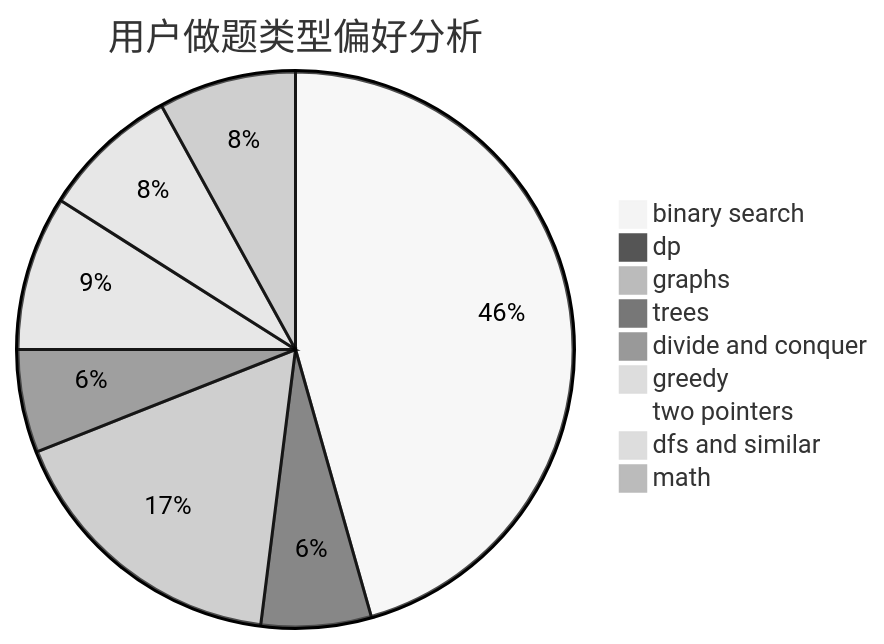
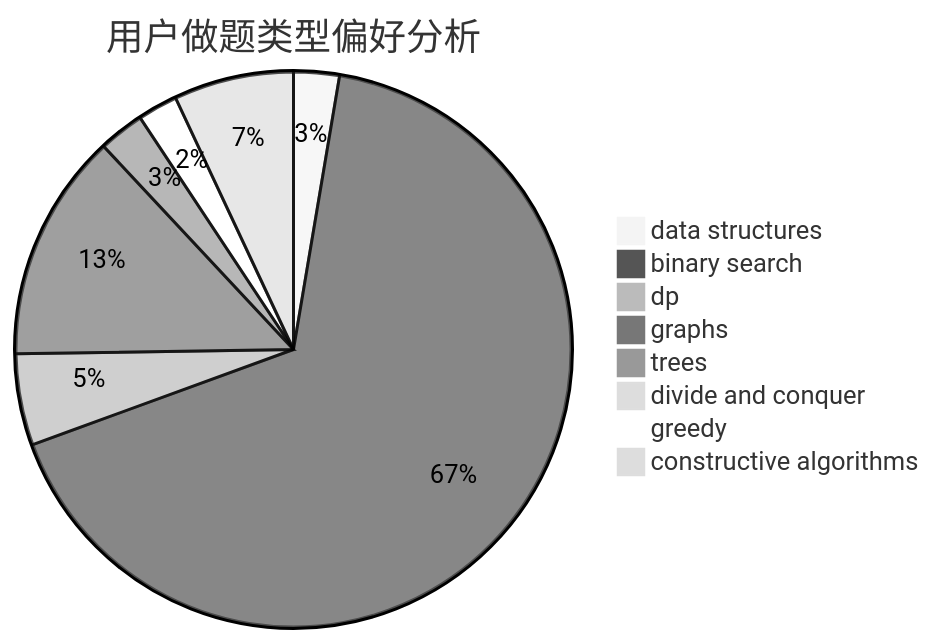
One commit to sherpahu/cfrs.github.io changed the second of 3 diagrams in docs/user/u2490.md. Above: the diagram before and after it, drawn with Mermaid (neutral theme). The commit also changed other lines of this file and 2775 other files, not shown here.

````diff
--- a/docs/user/u2490.md
+++ b/docs/user/u2490.md
@@ -23,12 +23,11 @@
 ```mermaid
 pie title 用户做题类型偏好分析
-    "binary search" :  228
-    "dp" :  32
-    "graphs" :  85
-    "trees" :  30
+    "data structures" :  8
+    "binary search" :  201
+    "dp" :  16
+    "graphs" :  40
+    "trees" :  8
     "divide and conquer" :  0
-    "greedy" :  45
-    "two pointers" :  0
-    "dfs and similar" :  40
-    "math" :  40
+    "greedy" :  7
+    "constructive algorithms" :  21
 ```
````
